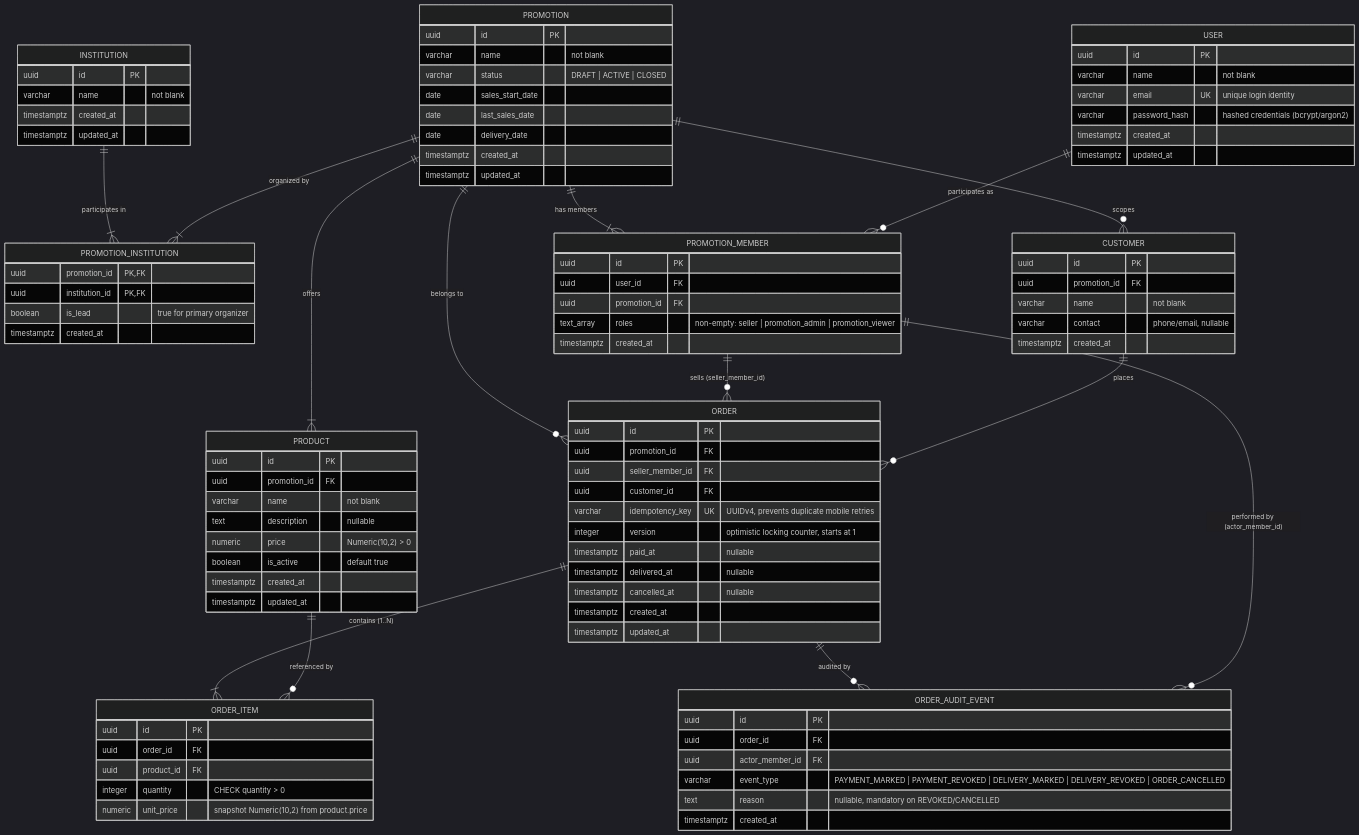
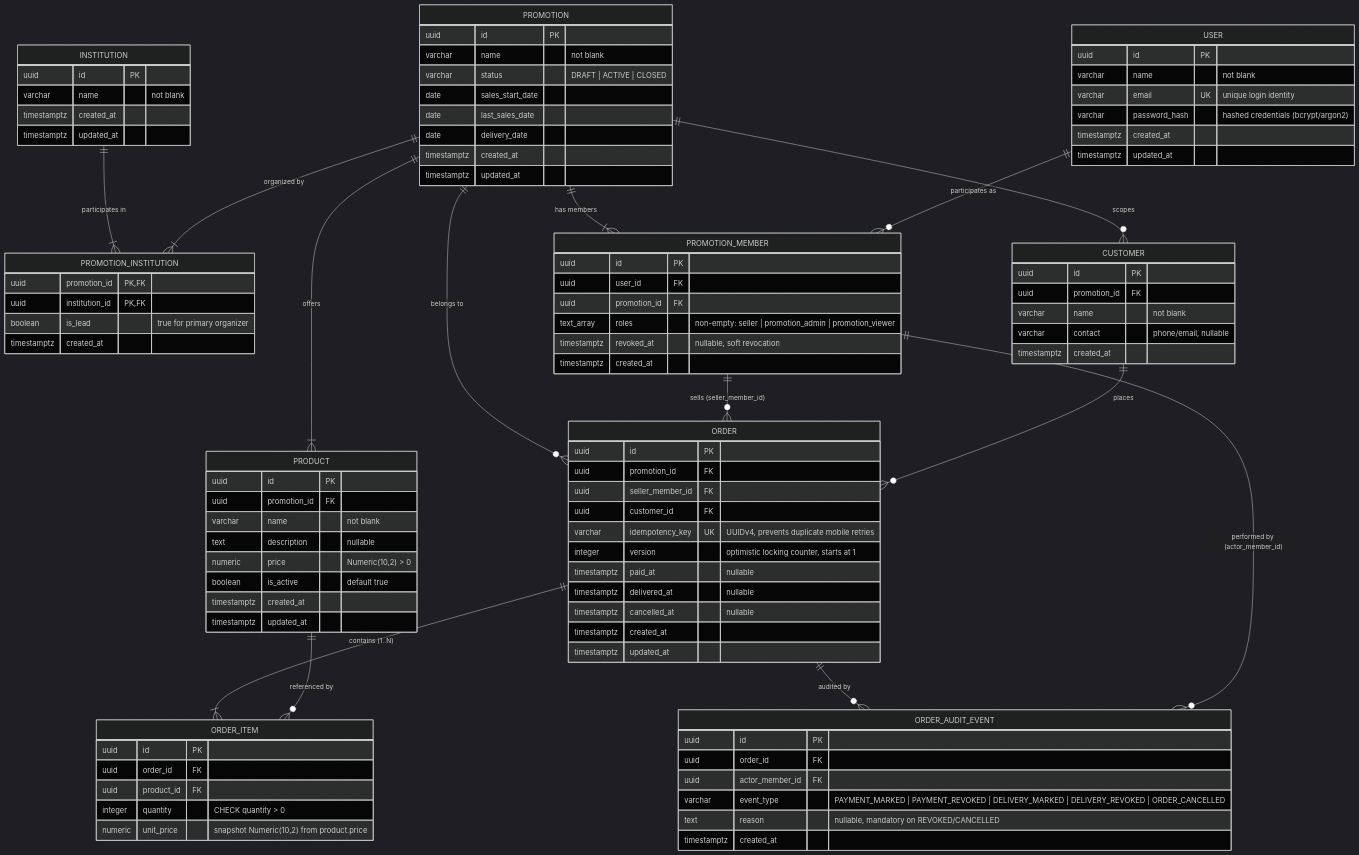
One commit to GuDiasOliveira/promoledger changed the diagram in docs/erm.md. Above: the diagram before and after it, drawn with Mermaid (dark theme). The commit also changed other lines of this file and 27 other files, not shown here.

```diff
--- a/docs/erm.md
+++ b/docs/erm.md
@@ -65,6 +65,7 @@
         uuid user_id FK
         uuid promotion_id FK
         text_array roles "non-empty: seller | promotion_admin | promotion_viewer"
+        timestamptz revoked_at "nullable, soft revocation"
         timestamptz created_at
     }
 
```
